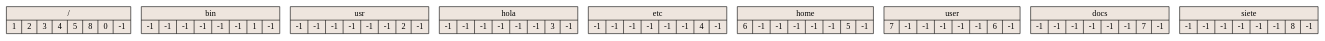
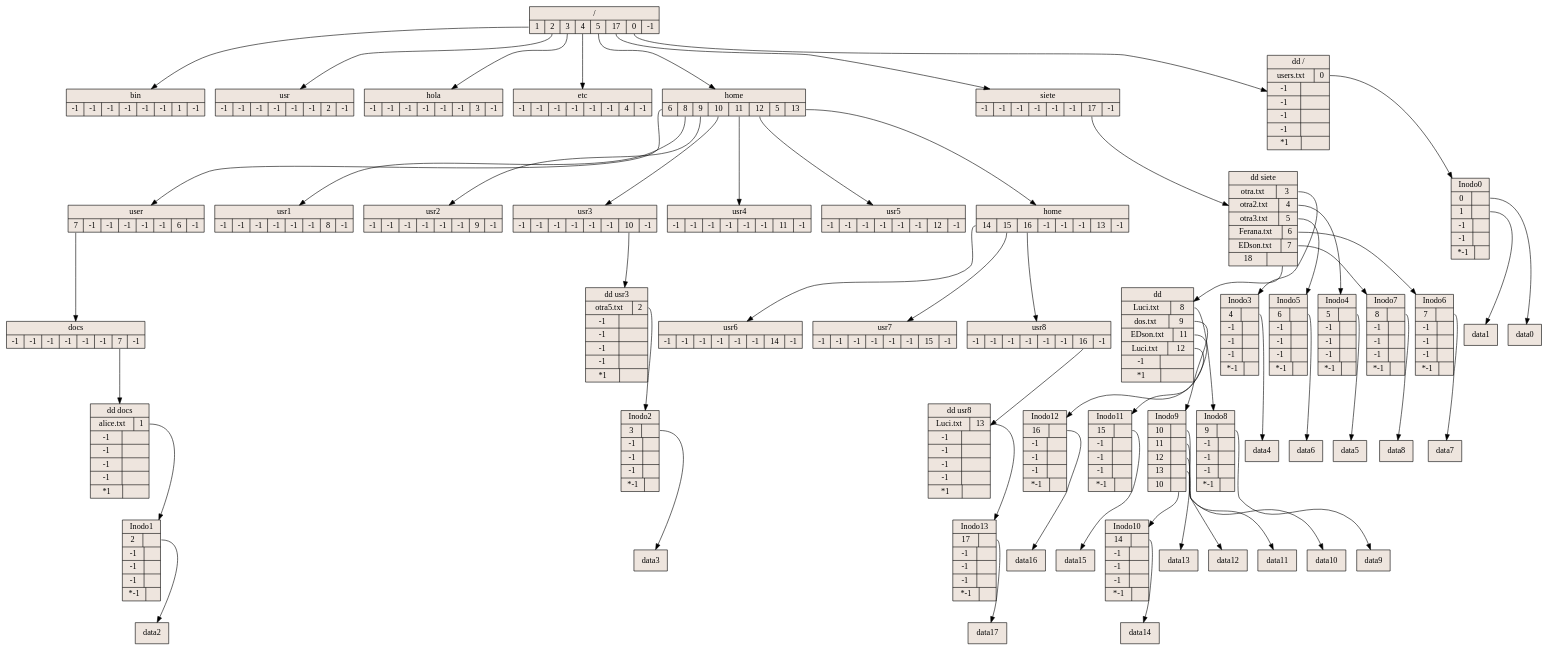
The diagram in MKFS.dot (EdsonArmando/MIA-Proyecto1), drawn with Graphviz before and after one commit. The commit also changed 8 other files, not shown here.

```diff
--- a/MKFS.dot
+++ b/MKFS.dot
@@ -1,14 +1,103 @@
 digraph grafica{
 rankdir=TB;
 node [shape = record, style=filled, fillcolor=seashell2];
-nodo0[ shape=record, label ="{/|{<f0> 1|<f1>2|<f2> 3|<f3> 4|<f4> 5|<f5>8|<f6>0|<f7> -1}}"];
+nodo0:f0 -> nodo1
+nodo0:f1 -> nodo2
+nodo0:f2 -> nodo3
+nodo0:f3 -> nodo4
+nodo0:f4 -> nodo5
+nodo0:f5 -> nodo17
+nodo0:f6 -> node0
+nodo0[ shape=record, label ="{/|{<f0> 1|<f1>2|<f2> 3|<f3> 4|<f4> 5|<f5>17|<f6>0|<f7> -1}}"];
 nodo1[ shape=record, label ="{bin|{<f0> -1|<f1>-1|<f2> -1|<f3> -1|<f4> -1|<f5>-1|<f6>1|<f7> -1}}"];
 nodo2[ shape=record, label ="{usr|{<f0> -1|<f1>-1|<f2> -1|<f3> -1|<f4> -1|<f5>-1|<f6>2|<f7> -1}}"];
 nodo3[ shape=record, label ="{hola|{<f0> -1|<f1>-1|<f2> -1|<f3> -1|<f4> -1|<f5>-1|<f6>3|<f7> -1}}"];
 nodo4[ shape=record, label ="{etc|{<f0> -1|<f1>-1|<f2> -1|<f3> -1|<f4> -1|<f5>-1|<f6>4|<f7> -1}}"];
-nodo5[ shape=record, label ="{home|{<f0> 6|<f1>-1|<f2> -1|<f3> -1|<f4> -1|<f5>-1|<f6>5|<f7> -1}}"];
+nodo5:f0 -> nodo6
+nodo5:f1 -> nodo8
+nodo5:f2 -> nodo9
+nodo5:f3 -> nodo10
+nodo5:f4 -> nodo11
+nodo5:f5 -> nodo12
+nodo5:f7 -> nodo13
+nodo5[ shape=record, label ="{home|{<f0> 6|<f1>8|<f2> 9|<f3> 10|<f4> 11|<f5>12|<f6>5|<f7> 13}}"];
+nodo6:f0 -> nodo7
 nodo6[ shape=record, label ="{user|{<f0> 7|<f1>-1|<f2> -1|<f3> -1|<f4> -1|<f5>-1|<f6>6|<f7> -1}}"];
+nodo7:f6 -> node7
 nodo7[ shape=record, label ="{docs|{<f0> -1|<f1>-1|<f2> -1|<f3> -1|<f4> -1|<f5>-1|<f6>7|<f7> -1}}"];
-nodo8[ shape=record, label ="{siete|{<f0> -1|<f1>-1|<f2> -1|<f3> -1|<f4> -1|<f5>-1|<f6>8|<f7> -1}}"];
+nodo8[ shape=record, label ="{usr1|{<f0> -1|<f1>-1|<f2> -1|<f3> -1|<f4> -1|<f5>-1|<f6>8|<f7> -1}}"];
+nodo9[ shape=record, label ="{usr2|{<f0> -1|<f1>-1|<f2> -1|<f3> -1|<f4> -1|<f5>-1|<f6>9|<f7> -1}}"];
+nodo10:f6 -> node10
+nodo10[ shape=record, label ="{usr3|{<f0> -1|<f1>-1|<f2> -1|<f3> -1|<f4> -1|<f5>-1|<f6>10|<f7> -1}}"];
+nodo11[ shape=record, label ="{usr4|{<f0> -1|<f1>-1|<f2> -1|<f3> -1|<f4> -1|<f5>-1|<f6>11|<f7> -1}}"];
+nodo12[ shape=record, label ="{usr5|{<f0> -1|<f1>-1|<f2> -1|<f3> -1|<f4> -1|<f5>-1|<f6>12|<f7> -1}}"];
+nodo13:f0 -> nodo14
+nodo13:f1 -> nodo15
+nodo13:f2 -> nodo16
+nodo13[ shape=record, label ="{home|{<f0> 14|<f1>15|<f2> 16|<f3> -1|<f4> -1|<f5>-1|<f6>13|<f7> -1}}"];
+nodo14[ shape=record, label ="{usr6|{<f0> -1|<f1>-1|<f2> -1|<f3> -1|<f4> -1|<f5>-1|<f6>14|<f7> -1}}"];
+nodo15[ shape=record, label ="{usr7|{<f0> -1|<f1>-1|<f2> -1|<f3> -1|<f4> -1|<f5>-1|<f6>15|<f7> -1}}"];
+nodo16:f6 -> node16
+nodo16[ shape=record, label ="{usr8|{<f0> -1|<f1>-1|<f2> -1|<f3> -1|<f4> -1|<f5>-1|<f6>16|<f7> -1}}"];
+nodo17:f6 -> node17
+nodo17[ shape=record, label ="{siete|{<f0> -1|<f1>-1|<f2> -1|<f3> -1|<f4> -1|<f5>-1|<f6>17|<f7> -1}}"];
+node0:f1->  nodex0
+node0[shape=record, label="{ dd /|{<f0> users.txt| <f1> 0} |{-1 | } |{-1 | } |{-1 | } |{-1 | } |{*1 | <f10>  }}"];
+
+node7:f1->  nodex1
+node7[shape=record, label="{ dd docs|{<f0> alice.txt| <f1> 1} |{-1 | } |{-1 | } |{-1 | } |{-1 | } |{*1 | <f10>  }}"];
+
+node10:f1->  nodex2
+node10[shape=record, label="{ dd usr3|{<f0> otra5.txt| <f1> 2} |{-1 | } |{-1 | } |{-1 | } |{-1 | } |{*1 | <f10>  }}"];
+
+node16:f1->  nodex13
+node16[shape=record, label="{ dd usr8|{<f0> Luci.txt| <f1> 13} |{-1 | } |{-1 | } |{-1 | } |{-1 | } |{*1 | <f10>  }}"];
+
+node17:f1->  nodex3
+node17:f2->  nodex4
+node17:f3->  nodex5
+node17:f4->  nodex6
+node17:f5->  nodex7
+node17[shape=record, label="{ dd siete|{<f0> otra.txt| <f1> 3} |{<f1> otra2.txt| <f2> 4} |{<f2> otra3.txt| <f3> 5} |{<f3> Ferana.txt| <f4> 6} |{<f4> EDson.txt| <f5> 7} |{18 | <f10>  }}"];
+node17:f10 -> node18
+node18:f1->  nodex8
+node18:f2->  nodex9
+node18:f3->  nodex11
+node18:f4->  nodex12
+node18[shape=record, label="{ dd |{<f0> Luci.txt| <f1> 8} |{<f1> dos.txt| <f2> 9} |{<f2> EDson.txt| <f3> 11} |{<f3> Luci.txt| <f4> 12} |{-1 | } |{*1 | <f10>  }}"];
+
+nodex0[shape=record, label="{Inodo0|{0| <f0> }|{1| <f1> }|{-1 | <f2> }|{-1| <f3> }|{*-1 | <f4> }}"];
+nodex0 :f0-> data0
+nodex0 :f1-> data1
+nodex1[shape=record, label="{Inodo1|{2| <f0> }|{-1| <f1> }|{-1 | <f2> }|{-1| <f3> }|{*-1 | <f4> }}"];
+nodex1 :f0-> data2
+nodex2[shape=record, label="{Inodo2|{3| <f0> }|{-1| <f1> }|{-1 | <f2> }|{-1| <f3> }|{*-1 | <f4> }}"];
+nodex2 :f0-> data3
+nodex3[shape=record, label="{Inodo3|{4| <f0> }|{-1| <f1> }|{-1 | <f2> }|{-1| <f3> }|{*-1 | <f4> }}"];
+nodex3 :f0-> data4
+nodex4[shape=record, label="{Inodo4|{5| <f0> }|{-1| <f1> }|{-1 | <f2> }|{-1| <f3> }|{*-1 | <f4> }}"];
+nodex4 :f0-> data5
+nodex5[shape=record, label="{Inodo5|{6| <f0> }|{-1| <f1> }|{-1 | <f2> }|{-1| <f3> }|{*-1 | <f4> }}"];
+nodex5 :f0-> data6
+nodex6[shape=record, label="{Inodo6|{7| <f0> }|{-1| <f1> }|{-1 | <f2> }|{-1| <f3> }|{*-1 | <f4> }}"];
+nodex6 :f0-> data7
+nodex7[shape=record, label="{Inodo7|{8| <f0> }|{-1| <f1> }|{-1 | <f2> }|{-1| <f3> }|{*-1 | <f4> }}"];
+nodex7 :f0-> data8
+nodex8[shape=record, label="{Inodo8|{9| <f0> }|{-1| <f1> }|{-1 | <f2> }|{-1| <f3> }|{*-1 | <f4> }}"];
+nodex8 :f0-> data9
+nodex9[shape=record, label="{Inodo9|{10| <f0> }|{11| <f1> }|{12 | <f2> }|{13| <f3> }|{10 | <f4> }}"];
+nodex9 :f4 ->nodex10
+nodex9 :f0-> data10
+nodex9 :f1-> data11
+nodex9 :f2-> data12
+nodex9 :f3-> data13
+nodex10[shape=record, label="{Inodo10|{14| <f0> }|{-1| <f1> }|{-1 | <f2> }|{-1| <f3> }|{*-1 | <f4> }}"];
+nodex10 :f0-> data14
+nodex11[shape=record, label="{Inodo11|{15| <f0> }|{-1| <f1> }|{-1 | <f2> }|{-1| <f3> }|{*-1 | <f4> }}"];
+nodex11 :f0-> data15
+nodex12[shape=record, label="{Inodo12|{16| <f0> }|{-1| <f1> }|{-1 | <f2> }|{-1| <f3> }|{*-1 | <f4> }}"];
+nodex12 :f0-> data16
+nodex13[shape=record, label="{Inodo13|{17| <f0> }|{-1| <f1> }|{-1 | <f2> }|{-1| <f3> }|{*-1 | <f4> }}"];
+nodex13 :f0-> data17
 
 }
```
